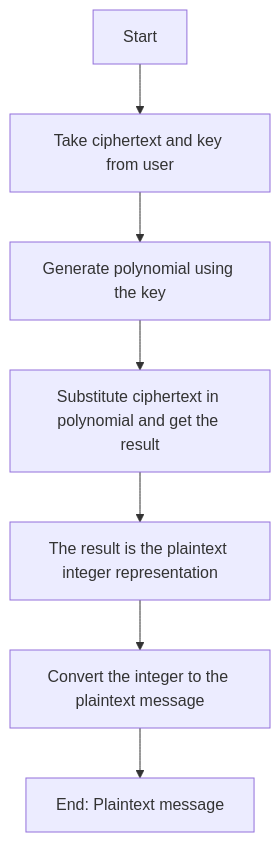
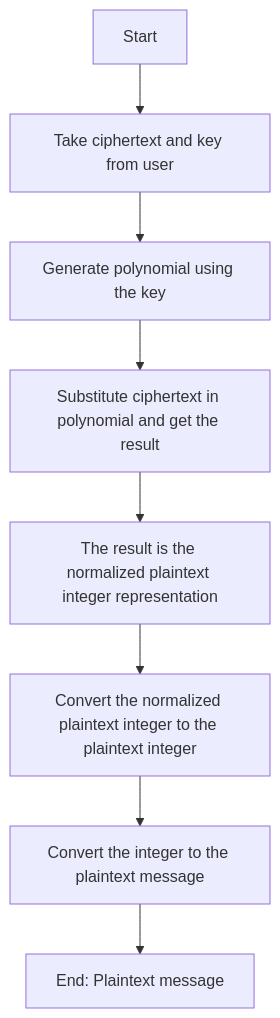
The fourth of 4 diagrams in discussion/second-term/documentation.md (MohamedEmary/graduation-project), drawn with Mermaid before and after one commit. The commit also changed other lines of this file and 1 other file, not shown here.

````diff
--- a/discussion/second-term/documentation.md
+++ b/discussion/second-term/documentation.md
@@ -693,9 +716,10 @@
 ```{.mermaid caption="Decryption Steps Flowchart" width=30%}
 graph TD
 A[Start] --> B[Take ciphertext and key from user]
 B --> C[Generate polynomial using the key]
 C --> D[Substitute ciphertext in polynomial and get the result]
-D --> E[The result is the plaintext integer representation]
-E --> F[Convert the integer to the plaintext message]
-F --> G[End: Plaintext message]
+D --> E[The result is the normalized plaintext integer representation]
+E --> F[Convert the normalized plaintext integer to the plaintext integer]
+F --> G[Convert the integer to the plaintext message]
+G --> H[End: Plaintext message]
 ```
````
